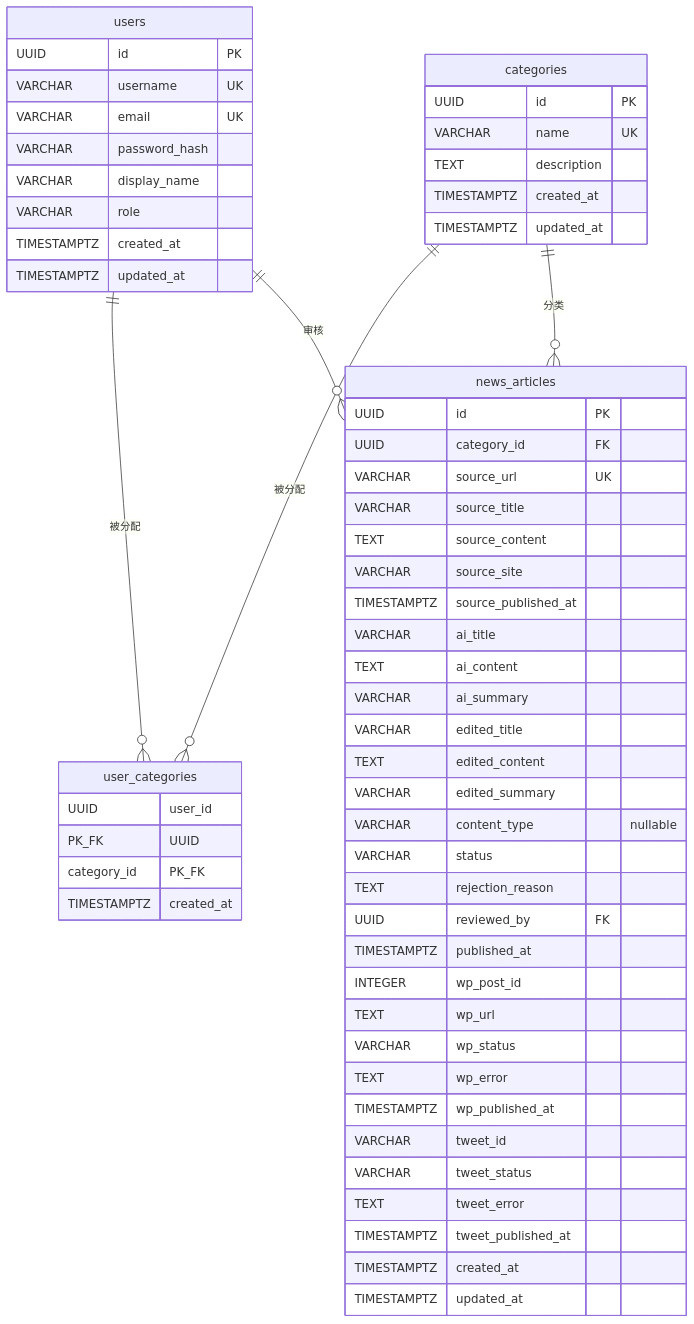
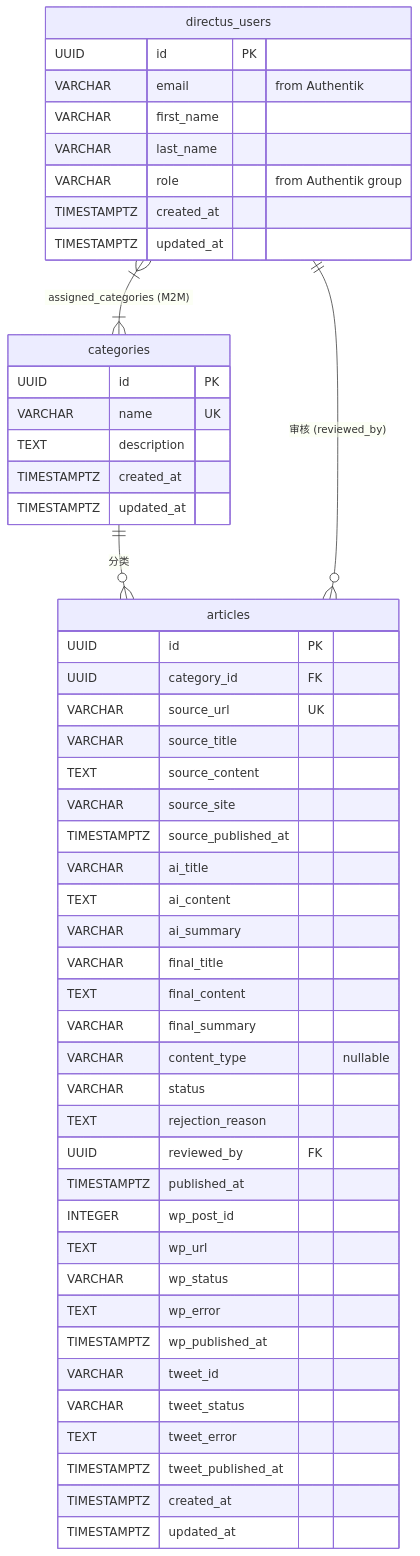
Before and after one commit to Guitang0414/Tiffany-Z-Intern-2026: the third of 6 diagrams in docs/hld.md, drawn with Mermaid. The commit also changed other lines of this file, not shown here.

First line of the commit message:
docs(hld): rewrite HLD for Directus-first MVP architecture

````diff
--- a/docs/hld.md
+++ b/docs/hld.md
@@ -399,64 +462,56 @@
 ```mermaid
 erDiagram
-    users {
+    directus_users {
         UUID id PK
-        VARCHAR username UK
-        VARCHAR email UK
-        VARCHAR password_hash
-        VARCHAR display_name
-        VARCHAR role
+        VARCHAR email "from Authentik"
+        VARCHAR first_name
+        VARCHAR last_name
+        VARCHAR role "from Authentik group"
         TIMESTAMPTZ created_at
         TIMESTAMPTZ updated_at
     }
 
     categories {
         UUID id PK
         VARCHAR name UK
         TEXT description
         TIMESTAMPTZ created_at
         TIMESTAMPTZ updated_at
     }
 
-    user_categories {
-        UUID user_id PK_FK
-        UUID category_id PK_FK
-        TIMESTAMPTZ created_at
-    }
-
-    news_articles {
+    articles {
         UUID id PK
         UUID category_id FK
         VARCHAR source_url UK
         VARCHAR source_title
         TEXT source_content
         VARCHAR source_site
         TIMESTAMPTZ source_published_at
         VARCHAR ai_title
         TEXT ai_content
         VARCHAR ai_summary
-        VARCHAR edited_title
-        TEXT edited_content
-        VARCHAR edited_summary
+        VARCHAR final_title
+        TEXT final_content
+        VARCHAR final_summary
         VARCHAR content_type "nullable"
         VARCHAR status
         TEXT rejection_reason
         UUID reviewed_by FK
         TIMESTAMPTZ published_at
         INTEGER wp_post_id
         TEXT wp_url
         VARCHAR wp_status
         TEXT wp_error
         TIMESTAMPTZ wp_published_at
         VARCHAR tweet_id
         VARCHAR tweet_status
         TEXT tweet_error
         TIMESTAMPTZ tweet_published_at
         TIMESTAMPTZ created_at
         TIMESTAMPTZ updated_at
     }
 
-    users ||--o{ user_categories : "被分配"
-    categories ||--o{ user_categories : "被分配"
-    categories ||--o{ news_articles : "分类"
-    users ||--o{ news_articles : "审核"
+    directus_users }|--|{ categories : "assigned_categories (M2M)"
+    categories ||--o{ articles : "分类"
+    directus_users ||--o{ articles : "审核 (reviewed_by)"
 ```
````
